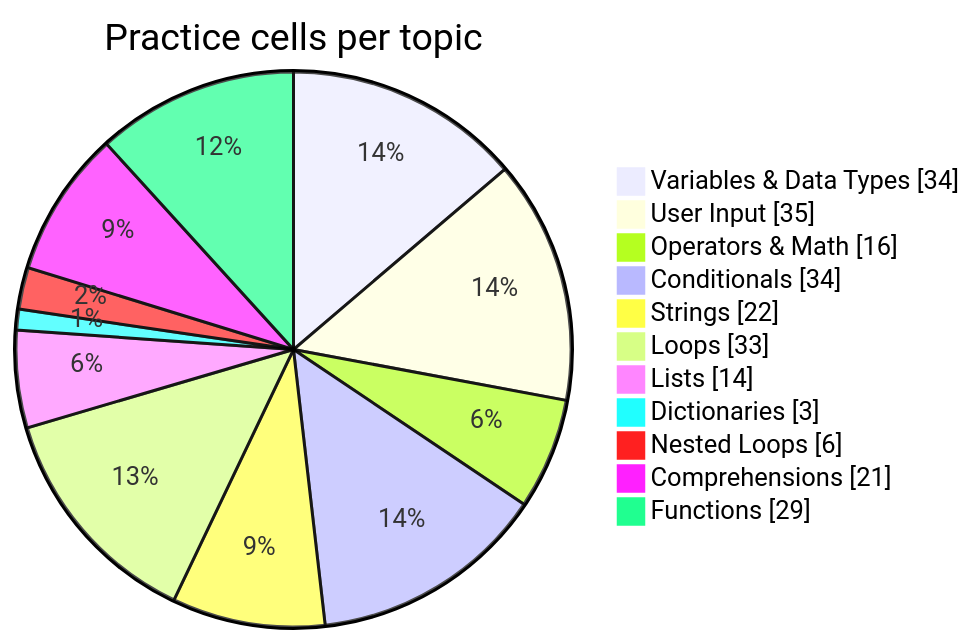
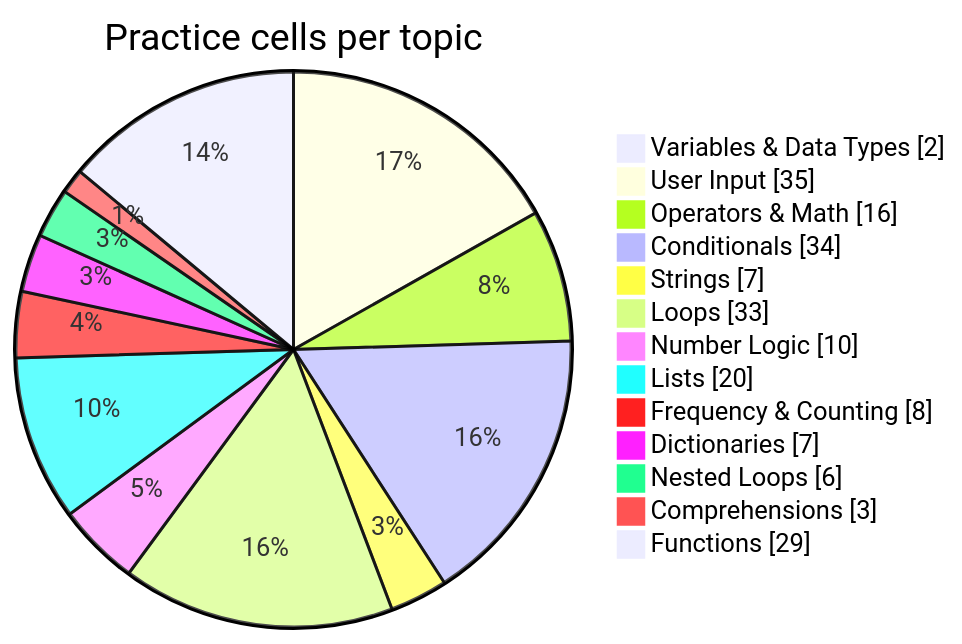
The diagram in README.md (Phantom2101/Python-Daily-Practice), drawn with Mermaid before and after one commit. The commit also changed other lines of this file, not shown here.

````diff
--- a/README.md
+++ b/README.md
@@ -56,14 +60,16 @@
 ```mermaid
 pie showData title Practice cells per topic
-    "Variables & Data Types" : 34
+    "Variables & Data Types" : 2
     "User Input" : 35
     "Operators & Math" : 16
     "Conditionals" : 34
-    "Strings" : 22
+    "Strings" : 7
     "Loops" : 33
-    "Lists" : 14
-    "Dictionaries" : 3
+    "Number Logic" : 10
+    "Lists" : 20
+    "Frequency & Counting" : 8
+    "Dictionaries" : 7
     "Nested Loops" : 6
-    "Comprehensions" : 21
+    "Comprehensions" : 3
     "Functions" : 29
 ```
````
